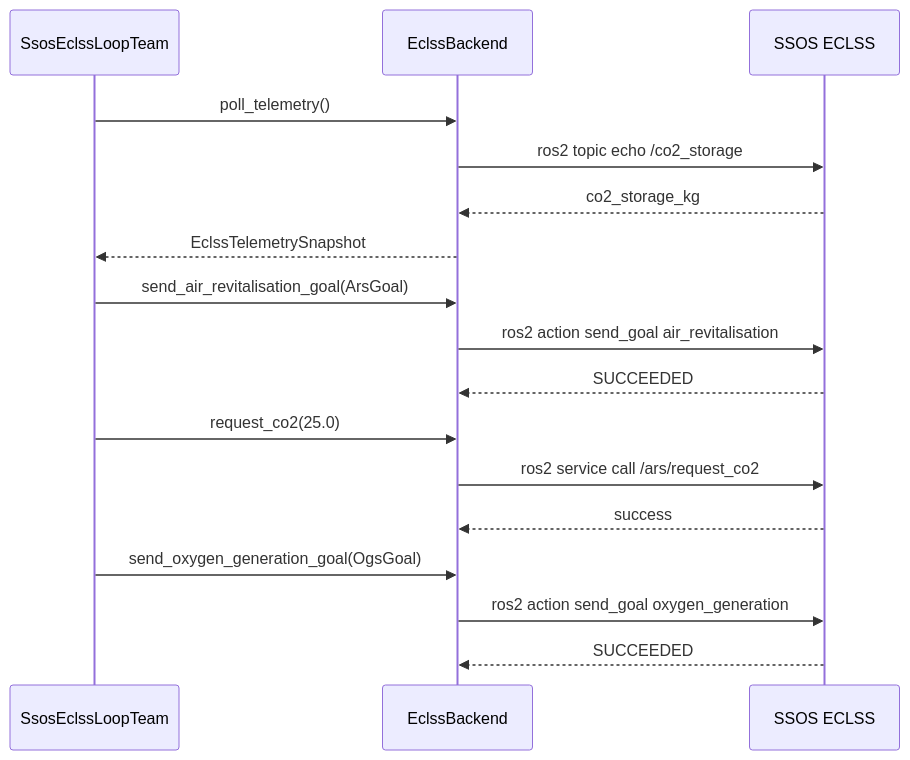
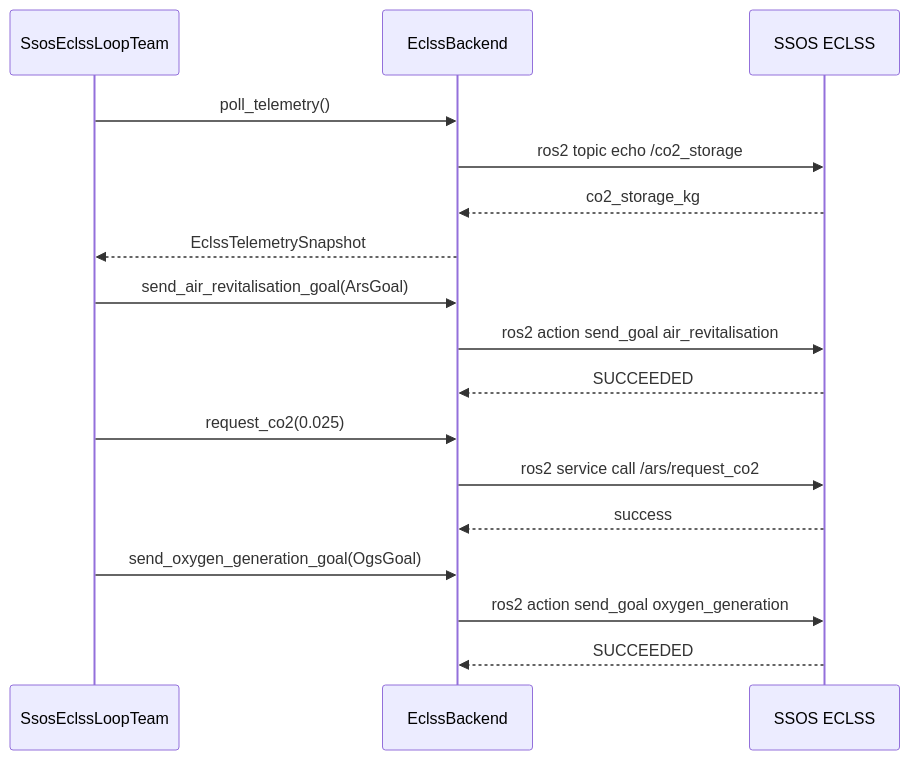
The second of 2 diagrams in docs/en/ssos/eclss-integration.md (hirototamura/engineering_agents), drawn with Mermaid before and after one commit. The commit also changed other lines of this file and 19 other files, not shown here.

````diff
--- a/docs/en/ssos/eclss-integration.md
+++ b/docs/en/ssos/eclss-integration.md
@@ -164,23 +172,23 @@
 ```mermaid
 sequenceDiagram
   participant Agent as SsosEclssLoopTeam
   participant BE as EclssBackend
   participant SSOS as SSOS ECLSS
 
   Agent->>BE: poll_telemetry()
   BE->>SSOS: ros2 topic echo /co2_storage
   SSOS-->>BE: co2_storage_kg
   BE-->>Agent: EclssTelemetrySnapshot
 
   Agent->>BE: send_air_revitalisation_goal(ArsGoal)
   BE->>SSOS: ros2 action send_goal air_revitalisation
   SSOS-->>BE: SUCCEEDED
 
-  Agent->>BE: request_co2(25.0)
+  Agent->>BE: request_co2(0.025)
   BE->>SSOS: ros2 service call /ars/request_co2
   SSOS-->>BE: success
 
   Agent->>BE: send_oxygen_generation_goal(OgsGoal)
   BE->>SSOS: ros2 action send_goal oxygen_generation
   SSOS-->>BE: SUCCEEDED
 ```
````
